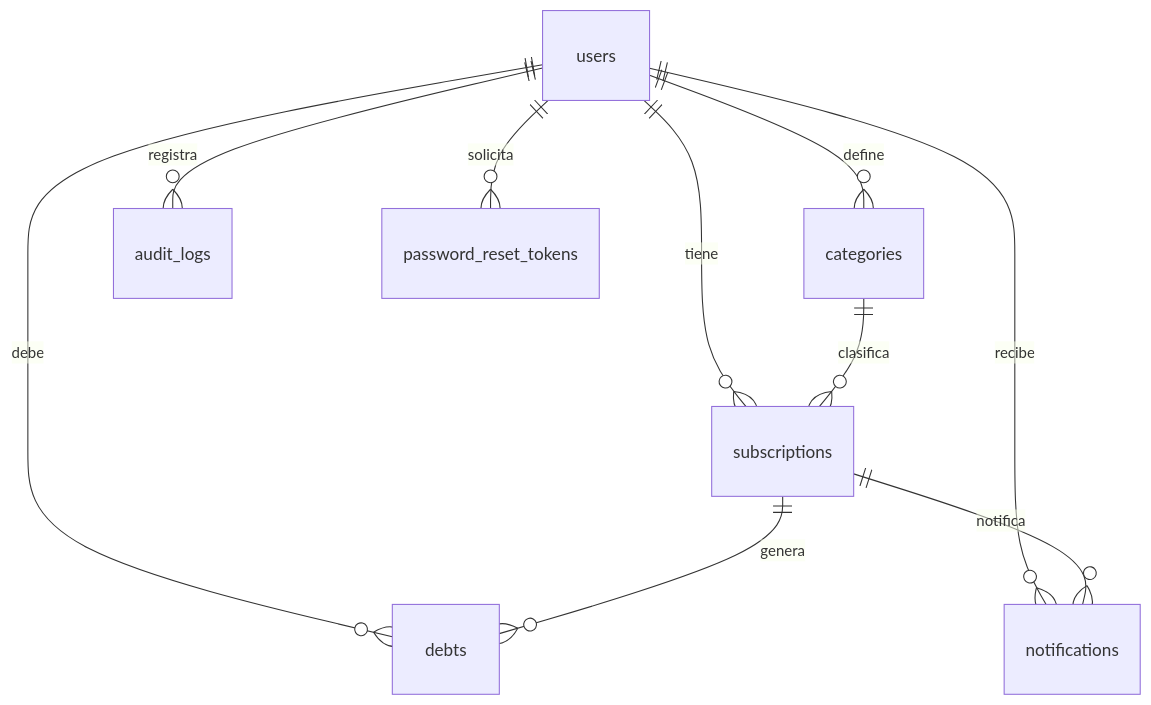
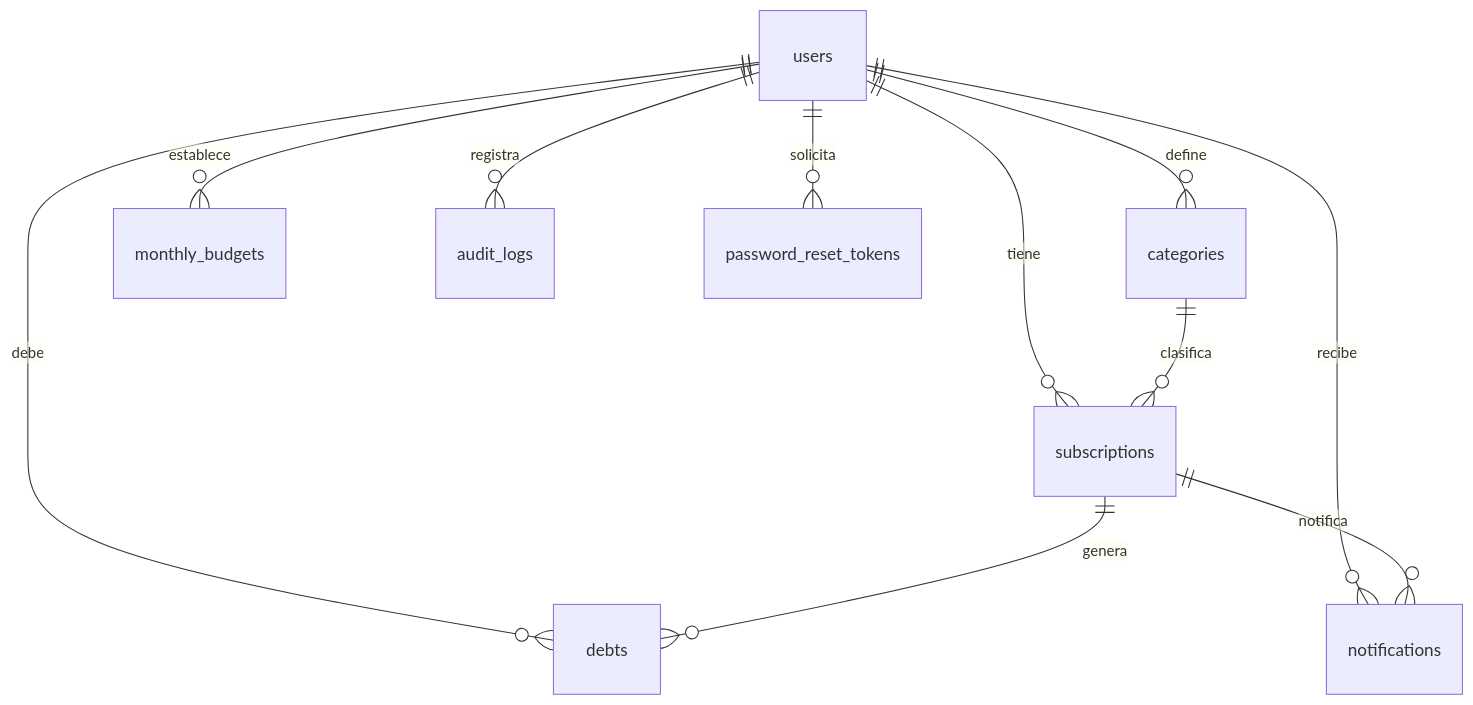
Before and after one commit to gperalta149-stack/Proyecto-Final-Dinerio: the third of 3 diagrams in README.md, drawn with Mermaid. The commit also changed other lines of this file and 34 other files, not shown here.

````diff
--- a/README.md
+++ b/README.md
@@ -303,12 +306,13 @@
 ```mermaid
 erDiagram
     users ||--o{ subscriptions : tiene
     users ||--o{ categories : define
+    users ||--o{ monthly_budgets : establece
     users ||--o{ debts : debe
     users ||--o{ notifications : recibe
     users ||--o{ audit_logs : registra
     users ||--o{ password_reset_tokens : solicita
     categories ||--o{ subscriptions : clasifica
     subscriptions ||--o{ debts : genera
     subscriptions ||--o{ notifications : notifica
 ```
````
